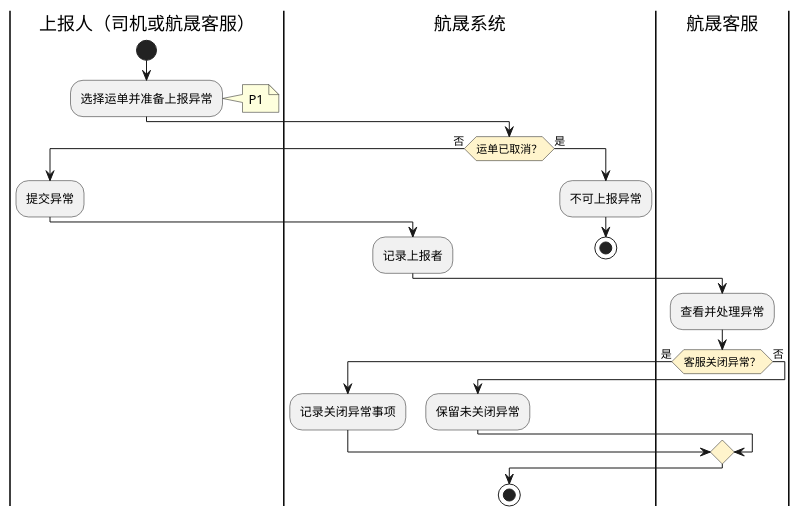
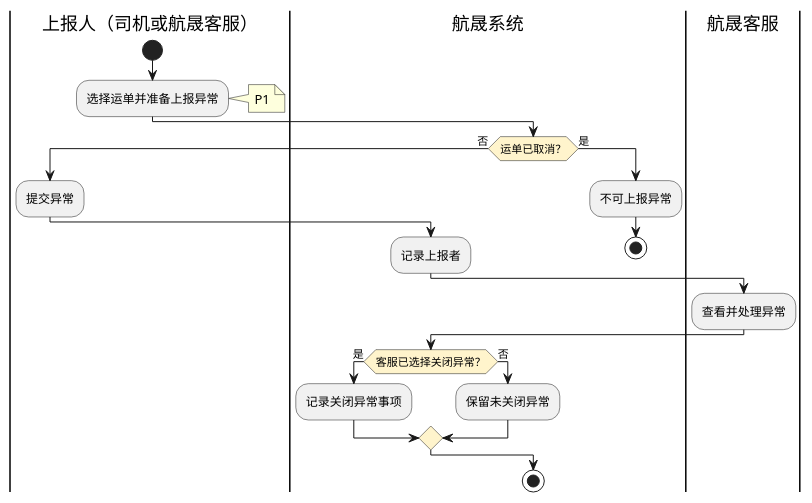
Before and after one commit to jack888332/projects-doc: the fifth of 7 diagrams in product-caliber/goldjet/segmented-prd/PRD.高捷物流系统一期.第016篇.用车-运单管理.20AA542560.md, drawn with PlantUML. The commit also changed other lines of this file and 5 other files, not shown here.

Commit message:
优化示意图

````diff
--- a/product-caliber/goldjet/segmented-prd/PRD.高捷物流系统一期.第016篇.用车-运单管理.20AA542560.md
+++ b/product-caliber/goldjet/segmented-prd/PRD.高捷物流系统一期.第016篇.用车-运单管理.20AA542560.md
@@ -205,30 +205,29 @@
 ```plantuml
 @startuml goldjet-016-exception-reporting
 skinparam activityDiamondBackgroundColor #FFF4CC
 |上报人（司机或航晟客服）|
 start
 :选择运单并准备上报异常;
 note right: P1
 |航晟系统|
 if (运单已取消？) then (否)
   |上报人（司机或航晟客服）|
   :提交异常;
   |航晟系统|
   :记录上报者;
   |航晟客服|
   :查看并处理异常;
-  if (客服关闭异常？) then (是)
-    |航晟系统|
+  |航晟系统|
+  if (客服已选择关闭异常？) then (是)
     :记录关闭异常事项;
   else (否)
-    |航晟系统|
     :保留未关闭异常;
   endif
 else (是)
   |航晟系统|
   :不可上报异常;
   stop
 endif
 stop
 @enduml
 ```
````
